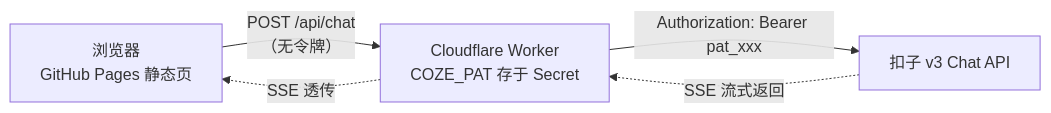
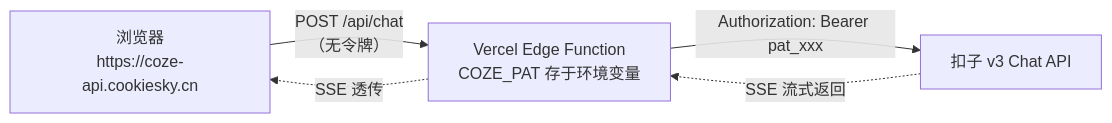
One commit to HG-dev17/Program-helper changed the diagram in README.md. Above: the diagram before and after it, drawn with Mermaid. The commit also changed other lines of this file and 1 other file, not shown here.

Commit message:
chore: 改为 Vercel 同域部署，关闭 GitHub Pages

````diff
--- a/README.md
+++ b/README.md
@@ -8,7 +9,7 @@
 ```mermaid
 flowchart LR
-    A["浏览器<br/>GitHub Pages 静态页"] -->|"POST /api/chat<br/>（无令牌）"| B["Cloudflare Worker<br/>COZE_PAT 存于 Secret"]
+    A["浏览器<br/>https://coze-api.cookiesky.cn"] -->|"POST /api/chat<br/>（无令牌）"| B["Vercel Edge Function<br/>COZE_PAT 存于环境变量"]
     B -->|"Authorization: Bearer pat_xxx"| C["扣子 v3 Chat API"]
     C -.->|"SSE 流式返回"| B
     B -.->|"SSE 透传"| A
 ```
````
